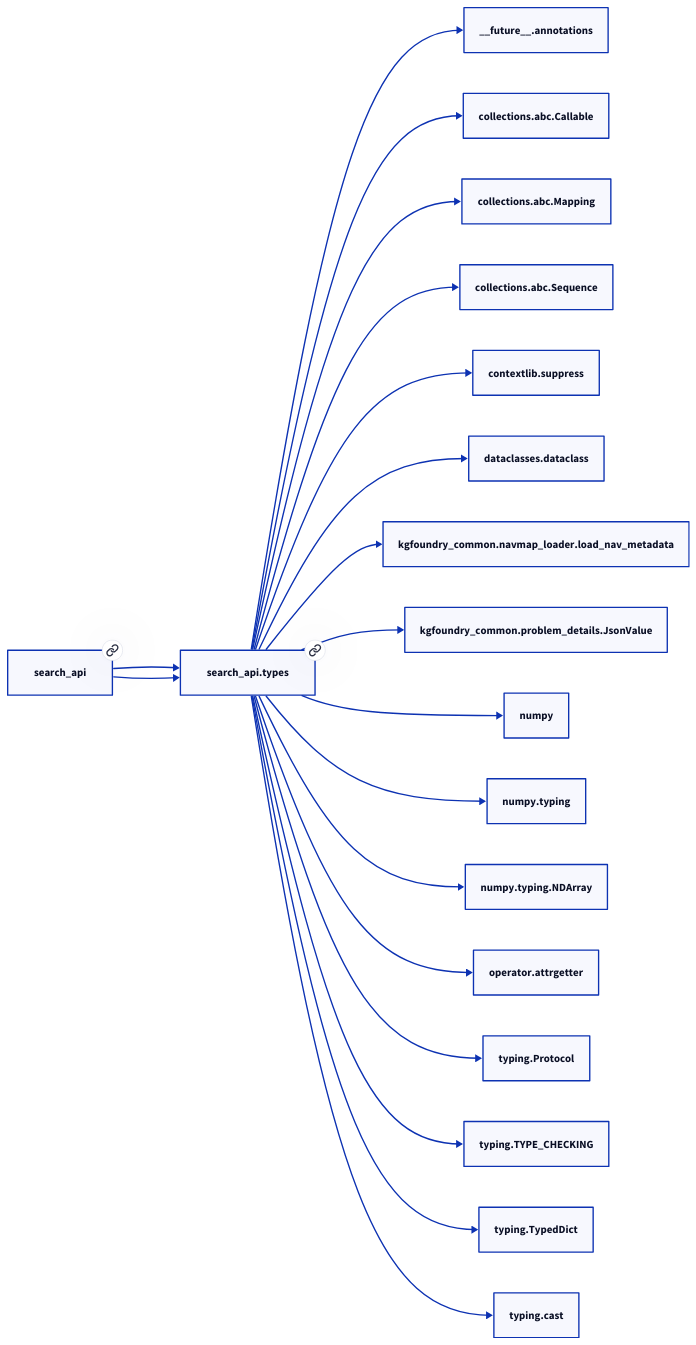
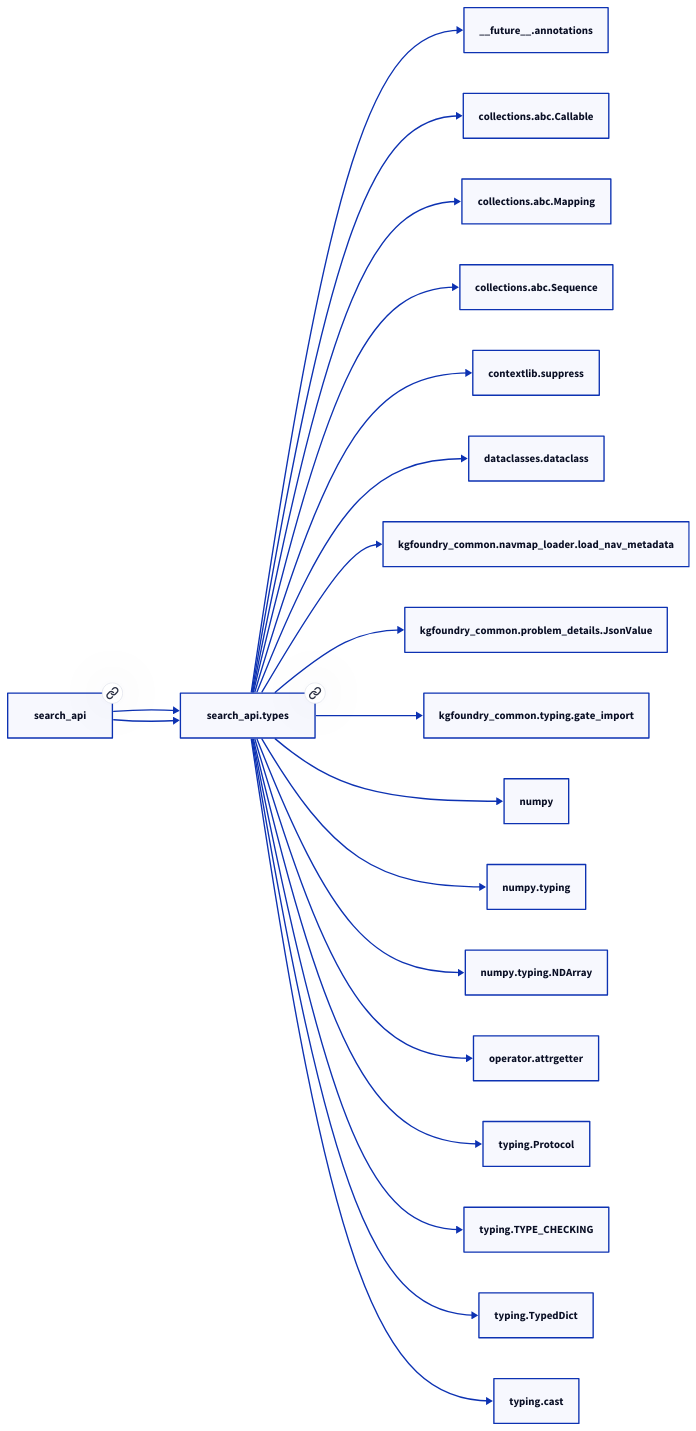
Before and after one commit to paul-heyse/kgforge: the second of 2 diagrams in docs/modules/search_api/types.md, drawn with D2. The commit also changed other lines of this file and 107 other files, not shown here.

````diff
--- a/docs/modules/search_api/types.md
+++ b/docs/modules/search_api/types.md
@@ -149,39 +149,41 @@
 ```d2
 direction: right
 "search_api.types": "search_api.types" { link: "https://github.com/paul-heyse/kgfoundry/blob/main/src/search_api/types.py" }
 "__future__.annotations": "__future__.annotations"
 "search_api.types" -> "__future__.annotations"
 "collections.abc.Callable": "collections.abc.Callable"
 "search_api.types" -> "collections.abc.Callable"
 "collections.abc.Mapping": "collections.abc.Mapping"
 "search_api.types" -> "collections.abc.Mapping"
 "collections.abc.Sequence": "collections.abc.Sequence"
 "search_api.types" -> "collections.abc.Sequence"
 "contextlib.suppress": "contextlib.suppress"
 "search_api.types" -> "contextlib.suppress"
 "dataclasses.dataclass": "dataclasses.dataclass"
 "search_api.types" -> "dataclasses.dataclass"
 "kgfoundry_common.navmap_loader.load_nav_metadata": "kgfoundry_common.navmap_loader.load_nav_metadata"
 "search_api.types" -> "kgfoundry_common.navmap_loader.load_nav_metadata"
 "kgfoundry_common.problem_details.JsonValue": "kgfoundry_common.problem_details.JsonValue"
 "search_api.types" -> "kgfoundry_common.problem_details.JsonValue"
+"kgfoundry_common.typing.gate_import": "kgfoundry_common.typing.gate_import"
+"search_api.types" -> "kgfoundry_common.typing.gate_import"
 "numpy": "numpy"
 "search_api.types" -> "numpy"
 "numpy.typing": "numpy.typing"
 "search_api.types" -> "numpy.typing"
 "numpy.typing.NDArray": "numpy.typing.NDArray"
 "search_api.types" -> "numpy.typing.NDArray"
 "operator.attrgetter": "operator.attrgetter"
 "search_api.types" -> "operator.attrgetter"
 "typing.Protocol": "typing.Protocol"
 "search_api.types" -> "typing.Protocol"
 "typing.TYPE_CHECKING": "typing.TYPE_CHECKING"
 "search_api.types" -> "typing.TYPE_CHECKING"
 "typing.TypedDict": "typing.TypedDict"
 "search_api.types" -> "typing.TypedDict"
 "typing.cast": "typing.cast"
 "search_api.types" -> "typing.cast"
 "search_api": "search_api" { link: "https://github.com/paul-heyse/kgfoundry/blob/main/src/search_api/__init__.py" }
 "search_api" -> "search_api.types"
 "search_api" -> "search_api.types" { style: dashed }
 ```
````
